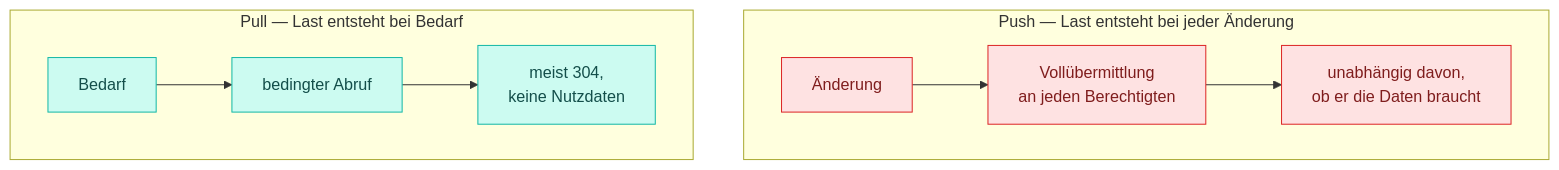
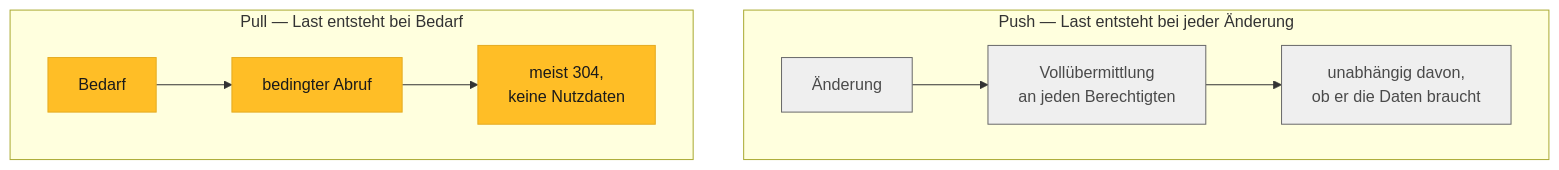
The first of 2 diagrams in gegenueberstellung/einwaende.mdx (engrate/mako-api-referenzentwurf), drawn with Mermaid before and after one commit. The commit also changed 15 other files, not shown here.

````diff
--- a/gegenueberstellung/einwaende.mdx
+++ b/gegenueberstellung/einwaende.mdx
@@ -22,18 +22,18 @@
 ```mermaid
 flowchart TB
     subgraph P["Push — Last entsteht bei jeder Änderung"]
         direction LR
         A1["Änderung"] --> B1["Vollübermittlung<br/>an jeden Berechtigten"]
         B1 --> C1["unabhängig davon,<br/>ob er die Daten braucht"]
     end
     subgraph Q["Pull — Last entsteht bei Bedarf"]
         direction LR
         A2["Bedarf"] --> B2["bedingter Abruf"]
         B2 --> C2["meist 304,<br/>keine Nutzdaten"]
     end
 
-    classDef push fill:#FEE2E2,stroke:#DC2626,color:#7F1D1D
-    classDef pull fill:#CCFBF1,stroke:#14B8A6,color:#134E4A
+    classDef push fill:#EFEFEF,stroke:#6A6A6A,color:#4A4A4A
+    classDef pull fill:#FFBE26,stroke:#E5AB22,color:#1A1A1A
     class A1,B1,C1 push
     class A2,B2,C2 pull
 ```
````
